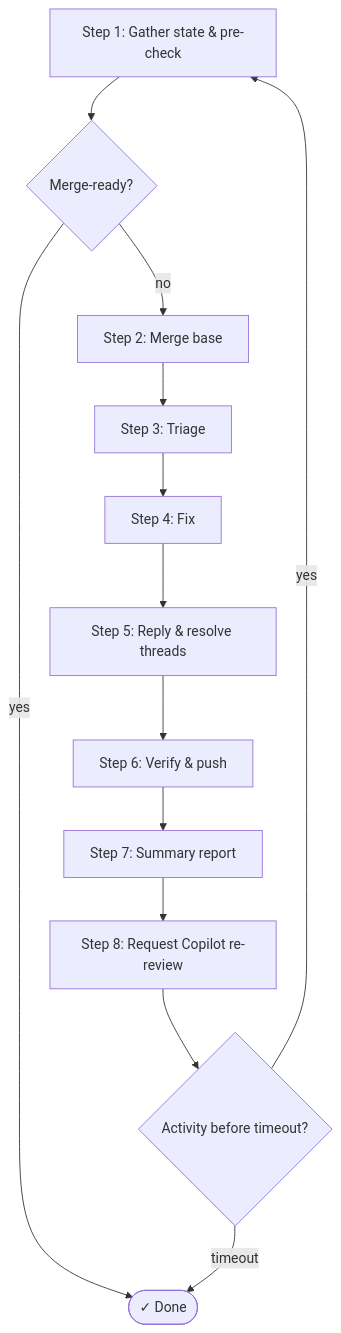
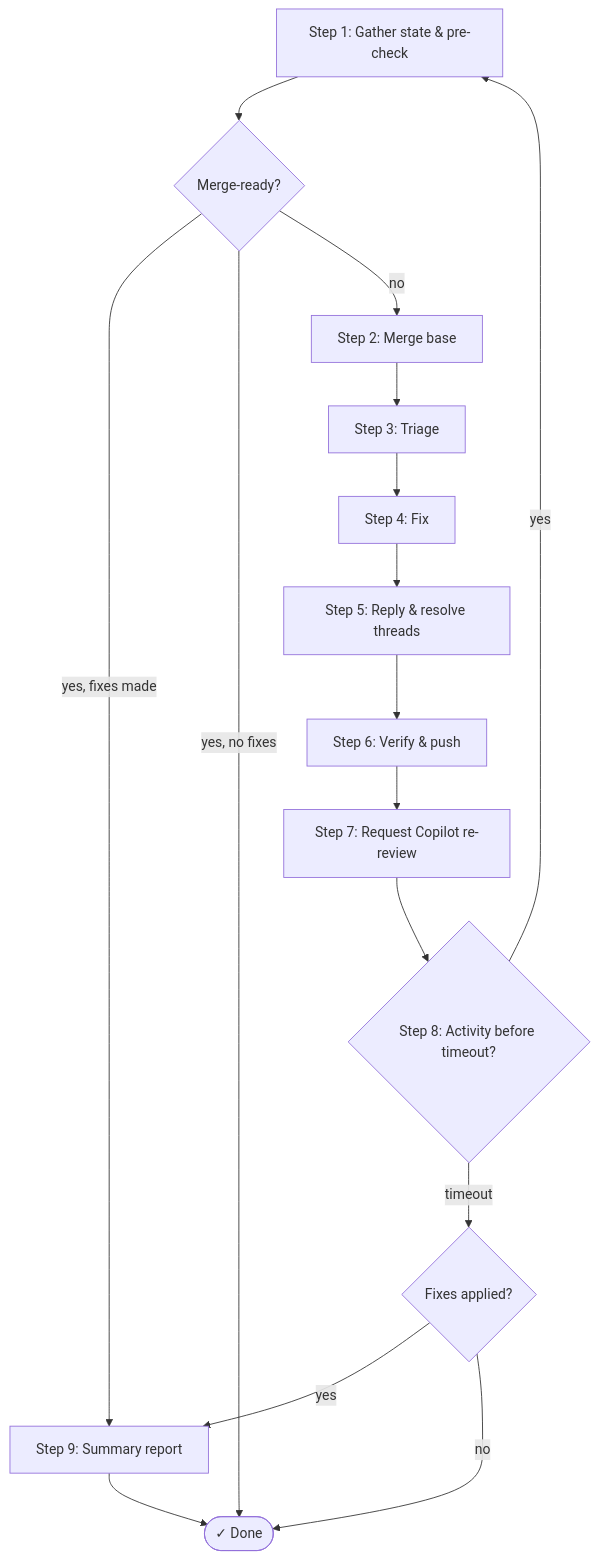
The diagram in skills/atk-pr-autofix/SKILL.md (rstacruz/agentic-toolkit), drawn with Mermaid before and after one commit. The commit also changed other lines of this file, not shown here.

First line of the commit message:
fix(atk-pr-autofix): move summary report to end of loop (Step 9)

````diff
--- a/skills/atk-pr-autofix/SKILL.md
+++ b/skills/atk-pr-autofix/SKILL.md
@@ -13,18 +13,21 @@
 ```mermaid
 flowchart TD
   S1["Step 1: Gather state & pre-check"]
   Done(["✓ Done"])
 
   S1 --> Gate{"Merge-ready?"}
-  Gate -->|"yes"| Done
+  Gate -->|"yes, fixes made"| S9["Step 9: Summary report"]
+  S9 --> Done
+  Gate -->|"yes, no fixes"| Done
   Gate -->|"no"| S2["Step 2: Merge base"]
   S2 --> S3["Step 3: Triage"]
   S3 --> S4["Step 4: Fix"]
   S4 --> S5["Step 5: Reply & resolve threads"]
   S5 --> S6["Step 6: Verify & push"]
-  S6 --> S7["Step 7: Summary report"]
-  S7 --> S8["Step 8: Request Copilot re-review"]
-  S8 --> S9{"Activity before timeout?"}
-  S9 -->|"yes"| S1
-  S9 -->|"timeout"| Done
+  S6 --> S7["Step 7: Request Copilot re-review"]
+  S7 --> S8{"Step 8: Activity before timeout?"}
+  S8 -->|"yes"| S1
+  S8 -->|"timeout"| TimeoutGate{"Fixes applied?"}
+  TimeoutGate -->|"yes"| S9
+  TimeoutGate -->|"no"| Done
 ```
````
